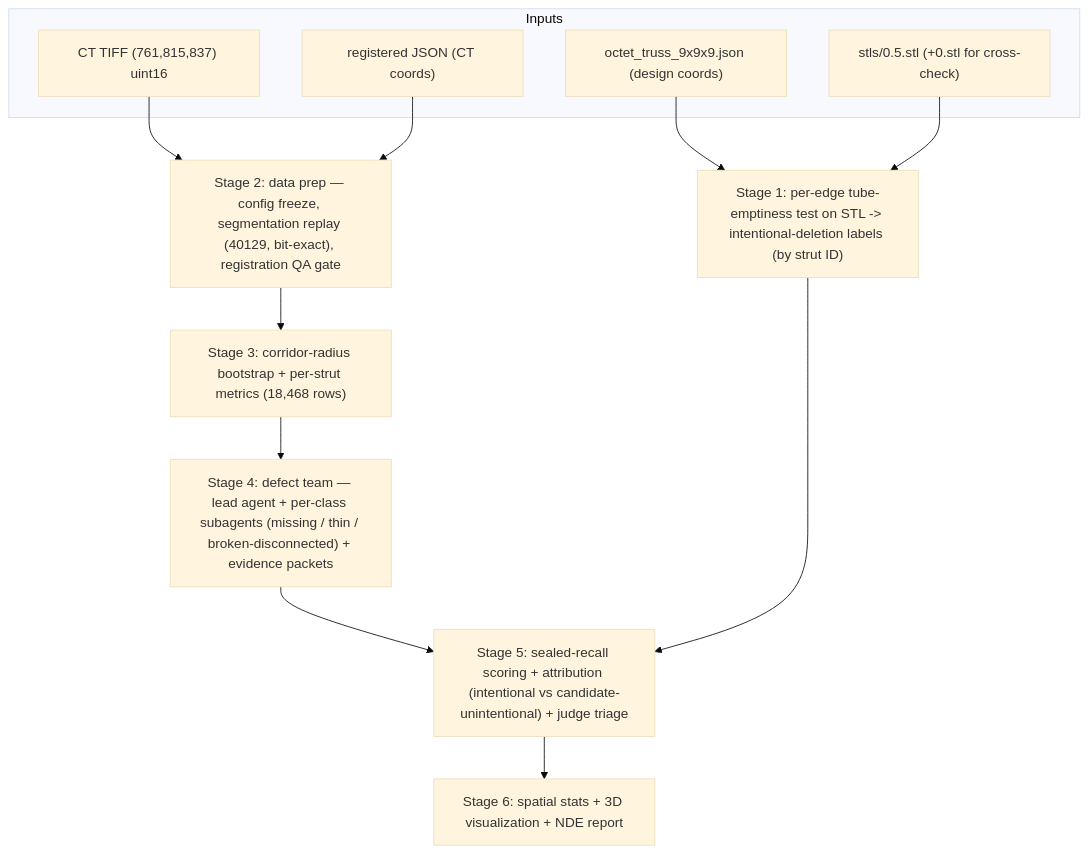
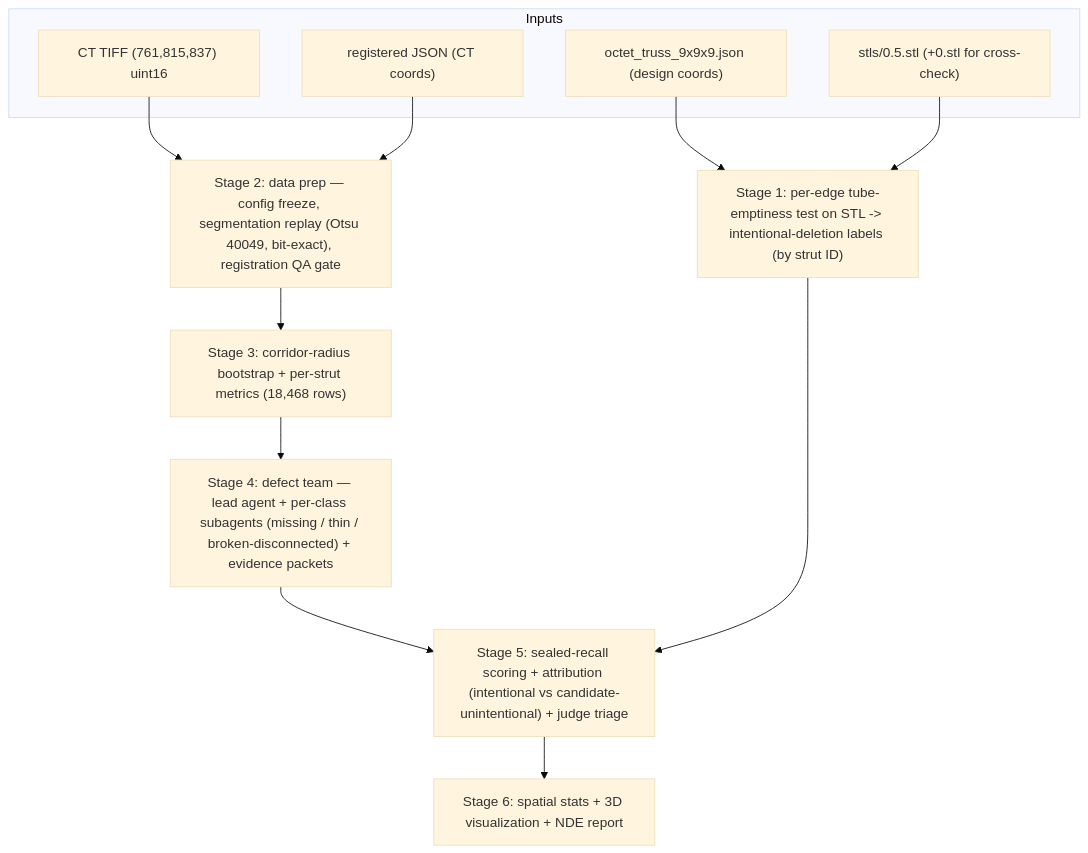
Before and after one commit to ImDannyVilla/llnl_data_science_challenge_2026: the diagram in notes/PART2_DESIGN.md, drawn with Mermaid (base theme). The commit also changed other lines of this file and 1 other file, not shown here.

First line of the commit message:
Correct frozen threshold to Otsu 40049 and sync deletion counts

````diff
--- a/notes/PART2_DESIGN.md
+++ b/notes/PART2_DESIGN.md
@@ -84,18 +85,18 @@
 ```mermaid
 flowchart TD
     subgraph inputs [Inputs]
         STL["stls/0.5.stl (+0.stl for cross-check)"]
         TIF["CT TIFF (761,815,837) uint16"]
         RJ["registered JSON (CT coords)"]
         NJ["octet_truss_9x9x9.json (design coords)"]
     end
     NJ --> S1["Stage 1: per-edge tube-emptiness test on STL -> intentional-deletion labels (by strut ID)"]
     STL --> S1
-    TIF --> S2["Stage 2: data prep — config freeze, segmentation replay (40129, bit-exact), registration QA gate"]
+    TIF --> S2["Stage 2: data prep — config freeze, segmentation replay (Otsu 40049, bit-exact), registration QA gate"]
     RJ --> S2
     S2 --> S3["Stage 3: corridor-radius bootstrap + per-strut metrics (18,468 rows)"]
     S3 --> S4["Stage 4: defect team — lead agent + per-class subagents (missing / thin / broken-disconnected) + evidence packets"]
     S4 --> S5["Stage 5: sealed-recall scoring + attribution (intentional vs candidate-unintentional) + judge triage"]
     S1 --> S5
     S5 --> S6["Stage 6: spatial stats + 3D visualization + NDE report"]
 ```
````
